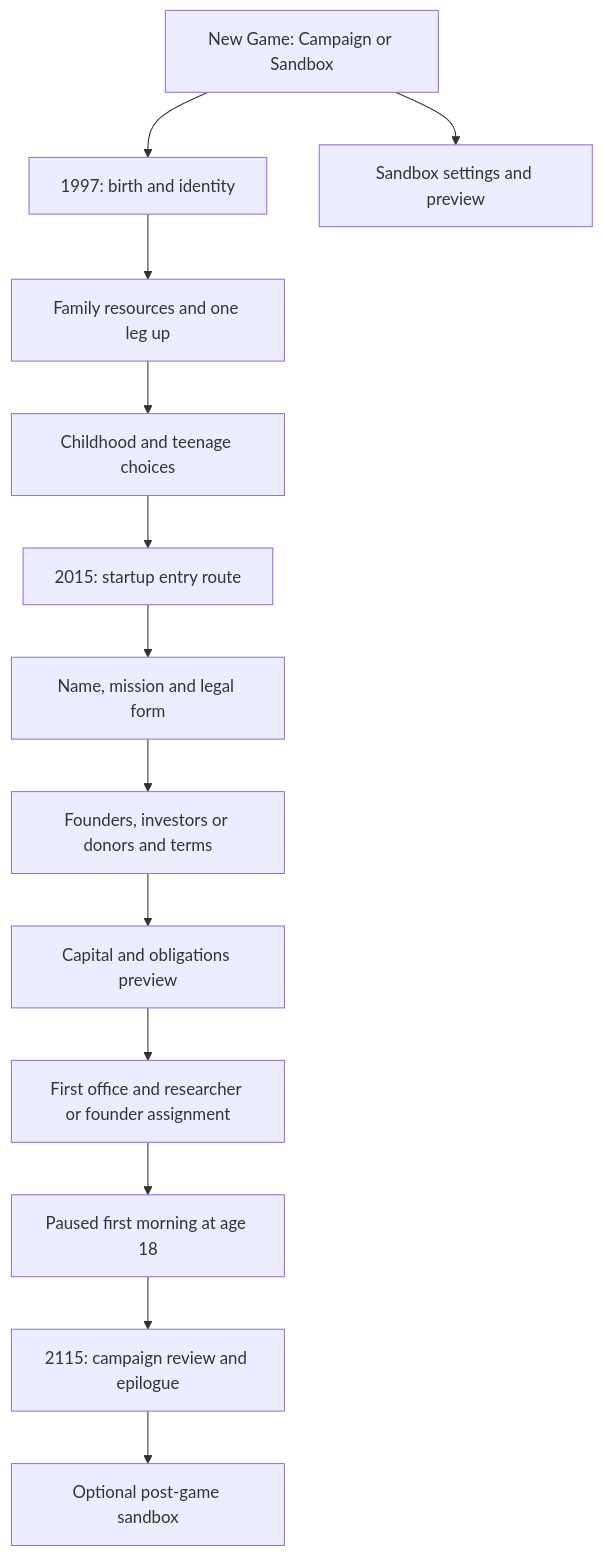
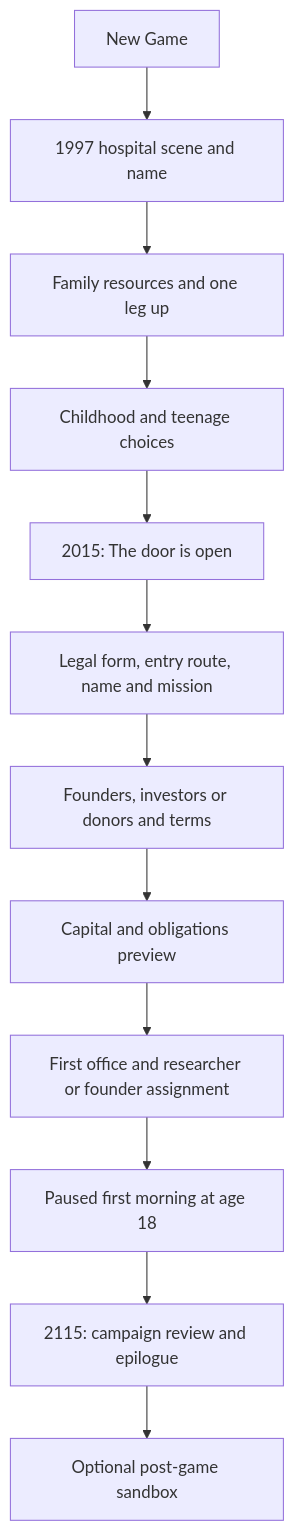
The diagram in docs/CAMPAIGN_FLOW.md (gnaservicesinc/Project-Glowing-Pancake), drawn with Mermaid before and after one commit. The commit also changed other lines of this file and 41 other files, not shown here.

````diff
--- a/docs/CAMPAIGN_FLOW.md
+++ b/docs/CAMPAIGN_FLOW.md
@@ -63,15 +50,14 @@
 ```mermaid
 flowchart TD
-    Mode[New Game: Campaign or Sandbox] --> Intro[1997: birth and identity]
-    Mode --> Custom[Sandbox settings and preview]
+    Start[New Game] --> Intro[1997 hospital scene and name]
     Intro --> Family[Family resources and one leg up]
     Family --> Youth[Childhood and teenage choices]
-    Youth --> Entry[2015: startup entry route]
-    Entry --> Charter[Name, mission and legal form]
+    Youth --> Entry[2015: The door is open]
+    Entry --> Charter[Legal form, entry route, name and mission]
     Charter --> Funding[Founders, investors or donors and terms]
     Funding --> Budget[Capital and obligations preview]
     Budget --> Office[First office and researcher or founder assignment]
     Office --> Play[Paused first morning at age 18]
     Play --> End[2115: campaign review and epilogue]
     End --> Continue[Optional post-game sandbox]
 ```
````
